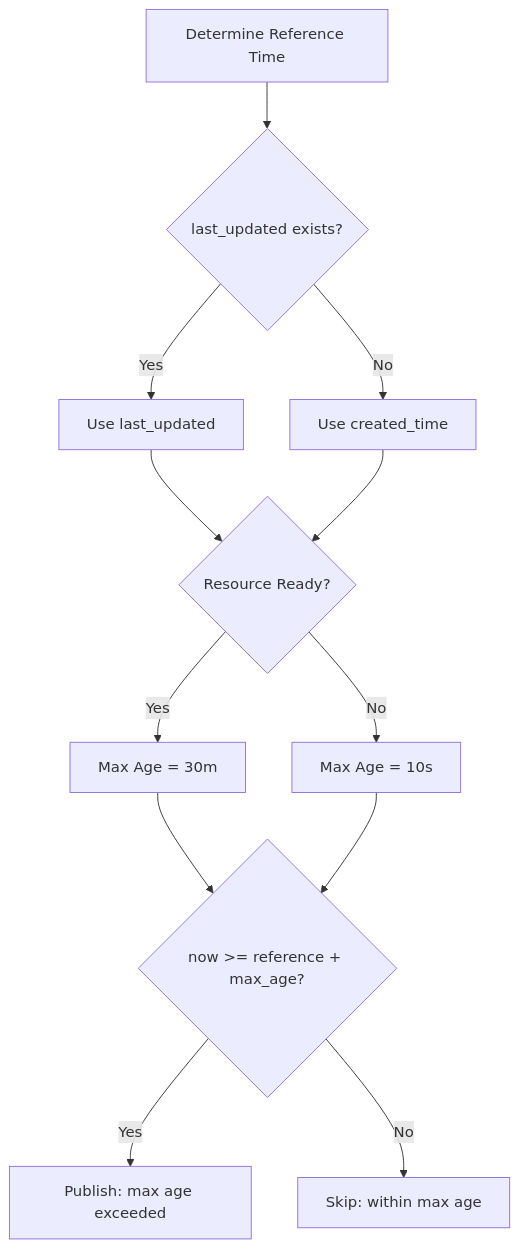
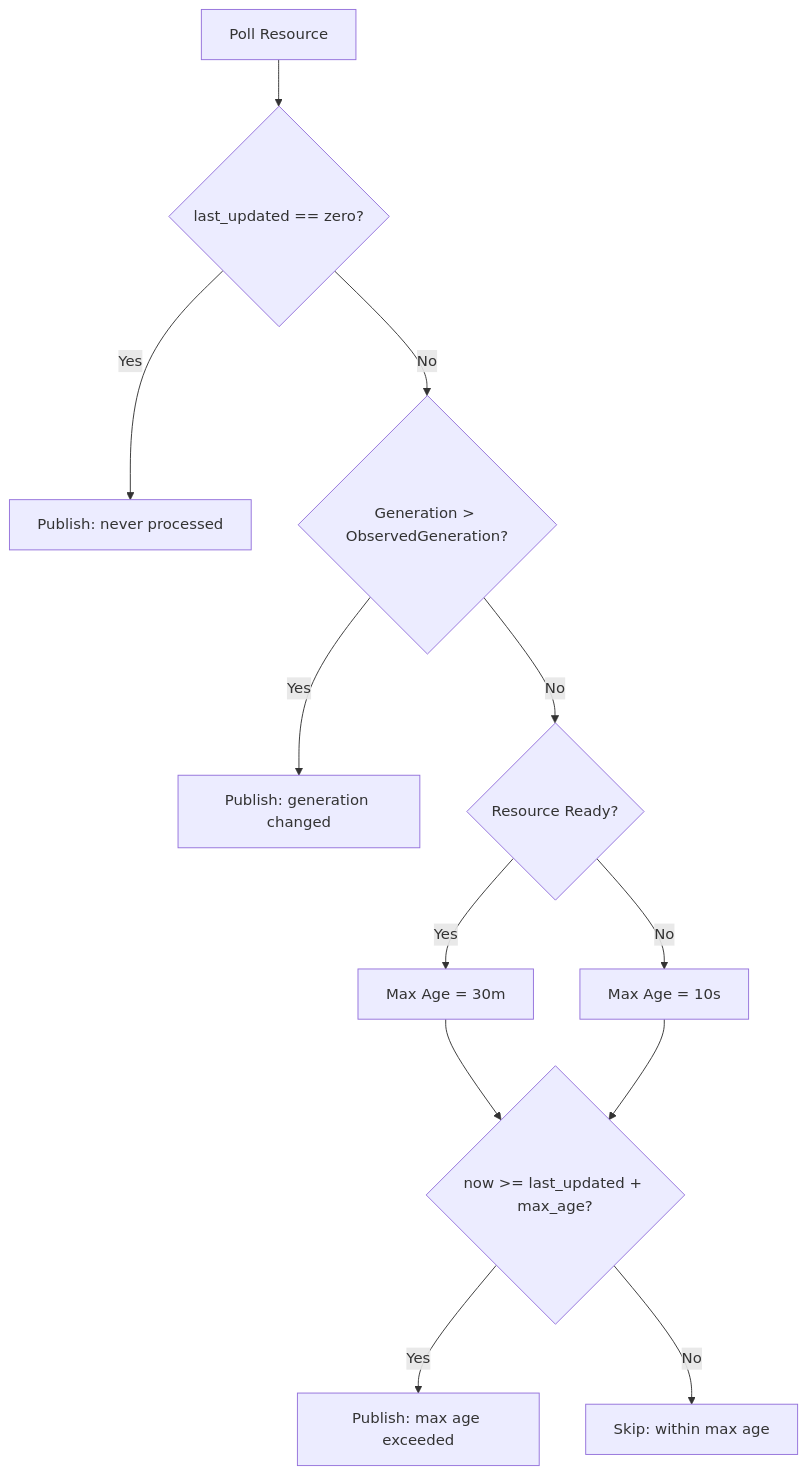
The second of 3 diagrams in docs/sentinel-operator-guide.md (openshift-hyperfleet/hyperfleet-sentinel), drawn with Mermaid before and after one commit. The commit also changed other lines of this file and 2 other files, not shown here.

Commit message:
HYPERFLEET-733 - fix: sentinel delays first event publish for newly created clusters

````diff
--- a/docs/sentinel-operator-guide.md
+++ b/docs/sentinel-operator-guide.md
@@ -172,14 +167,14 @@
 ```mermaid
 graph TD
-    A[Determine Reference Time] --> B{last_updated exists?}
-    B -->|Yes| C[Use last_updated]
-    B -->|No| D[Use created_time]
-    C --> E{Resource Ready?}
-    D --> E
-    E -->|Yes| F[Max Age = 30m]
-    E -->|No| G[Max Age = 10s]
-    F --> H{now >= reference + max_age?}
-    G --> H
-    H -->|Yes| I[Publish: max age exceeded]
-    H -->|No| J[Skip: within max age]
+    START[Poll Resource] --> CHECK1{last_updated == zero?}
+    CHECK1 -->|Yes| PUB1[Publish: never processed]
+    CHECK1 -->|No| CHECK2{Generation > ObservedGeneration?}
+    CHECK2 -->|Yes| PUB2[Publish: generation changed]
+    CHECK2 -->|No| CHECK3{Resource Ready?}
+    CHECK3 -->|Yes| AGE1[Max Age = 30m]
+    CHECK3 -->|No| AGE2[Max Age = 10s]
+    AGE1 --> CHECK4{now >= last_updated + max_age?}
+    AGE2 --> CHECK4
+    CHECK4 -->|Yes| PUB3[Publish: max age exceeded]
+    CHECK4 -->|No| SKIP[Skip: within max age]
 ```
````
